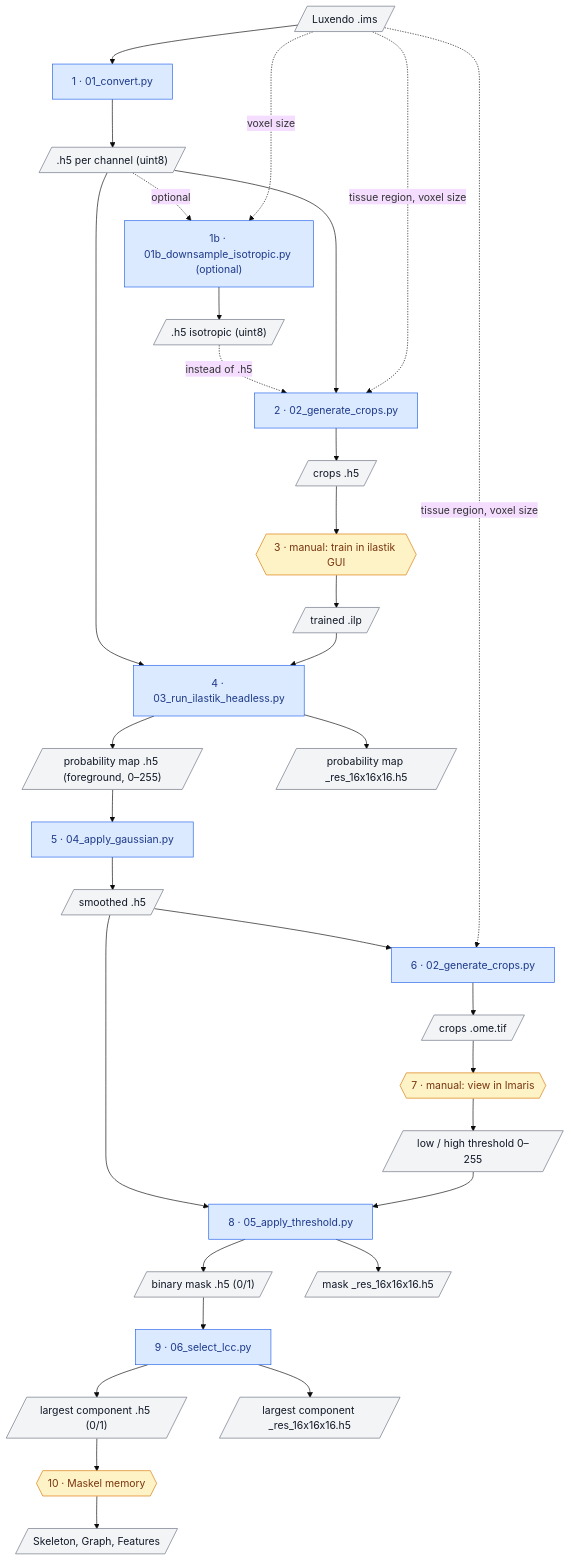
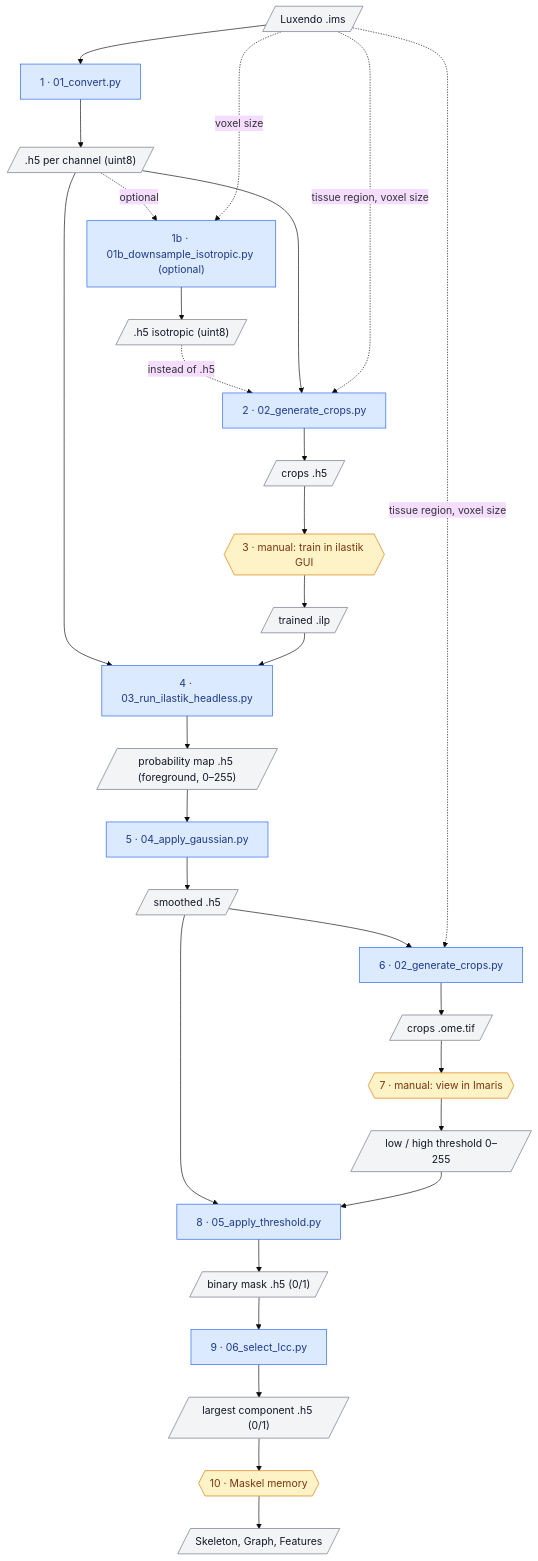
The diagram in README.md (domipysch/Ali_Dominik_Skeleton_Pipeline), drawn with Mermaid (base theme) before and after one commit. The commit also changed other lines of this file and 26 other files, not shown here.

````diff
--- a/README.md
+++ b/README.md
@@ -21,71 +74,65 @@
 ```mermaid
 flowchart TD
     ims[/"Luxendo .ims"/]
 
     s1["1 · 01_convert.py"]
     h5[/".h5 per channel (uint8)"/]
 
     s1b["1b · 01b_downsample_isotropic.py (optional)"]
     h5iso[/".h5 isotropic (uint8)"/]
 
     s2["2 · 02_generate_crops.py"]
     crops_train[/"crops .h5"/]
 
     s3{{"3 · manual: train in ilastik GUI"}}
     ilp[/"trained .ilp"/]
 
     s4["4 · 03_run_ilastik_headless.py"]
     prob[/"probability map .h5 (foreground, 0–255)"/]
-    prob_low[/"probability map _res_16x16x16.h5"/]
 
     s5["5 · 04_apply_gaussian.py"]
     smooth[/"smoothed .h5"/]
 
     s6["6 · 02_generate_crops.py"]
     crops_view[/"crops .ome.tif"/]
 
     s7{{"7 · manual: view in Imaris"}}
     thr[/"low / high threshold 0–255"/]
 
     s8["8 · 05_apply_threshold.py"]
     mask[/"binary mask .h5 (0/1)"/]
-    mask_low[/"mask _res_16x16x16.h5"/]
 
     s9["9 · 06_select_lcc.py"]
     lcc[/"largest component .h5 (0/1)"/]
-    lcc_low[/"largest component _res_16x16x16.h5"/]
 
     s10{{"10 · Maskel memory"}}
     skel[/"Skeleton, Graph, Features"/]
 
     ims --> s1 --> h5
     h5 -. optional .-> s1b --> h5iso
     ims -. voxel size .-> s1b
     h5iso -.->|"instead of .h5"| s2
     h5 --> s2
     ims -. tissue region, voxel size .-> s2
     s2 --> crops_train --> s3 --> ilp
     h5 --> s4
     ilp --> s4
     s4 --> prob
-    s4 --> prob_low
     prob --> s5 --> smooth
     smooth --> s6
     ims -. tissue region, voxel size .-> s6
     s6 --> crops_view --> s7 --> thr
     smooth --> s8
     thr --> s8
     s8 --> mask
-    s8 --> mask_low
     mask --> s9
     s9 --> lcc
-    s9 --> lcc_low
     lcc --> s10 --> skel
 
     classDef script fill:#dbeafe,stroke:#2563eb,color:#1e3a8a
     classDef manual fill:#fef3c7,stroke:#d97706,color:#78350f
     classDef data fill:#f3f4f6,stroke:#6b7280,color:#111827
     class s1,s1b,s2,s4,s5,s6,s8,s9 script
     class s3,s7,s10 manual
-    class ims,h5,h5iso,crops_train,ilp,prob,prob_low,smooth,crops_view,thr,mask,mask_low,lcc,lcc_low,skel data
+    class ims,h5,h5iso,crops_train,ilp,prob,smooth,crops_view,thr,mask,lcc,skel data
 ```
````
